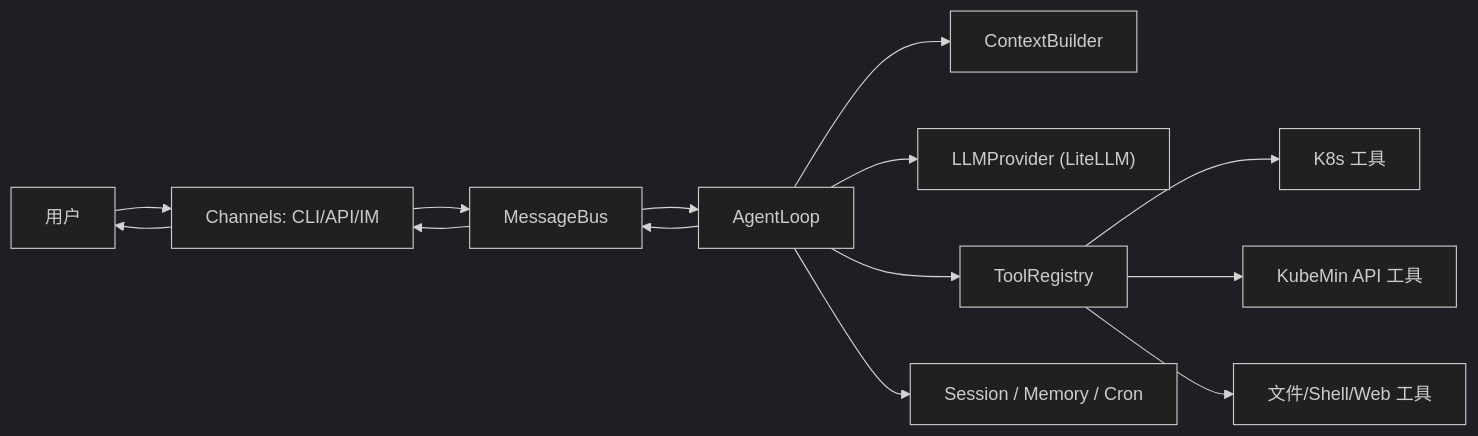
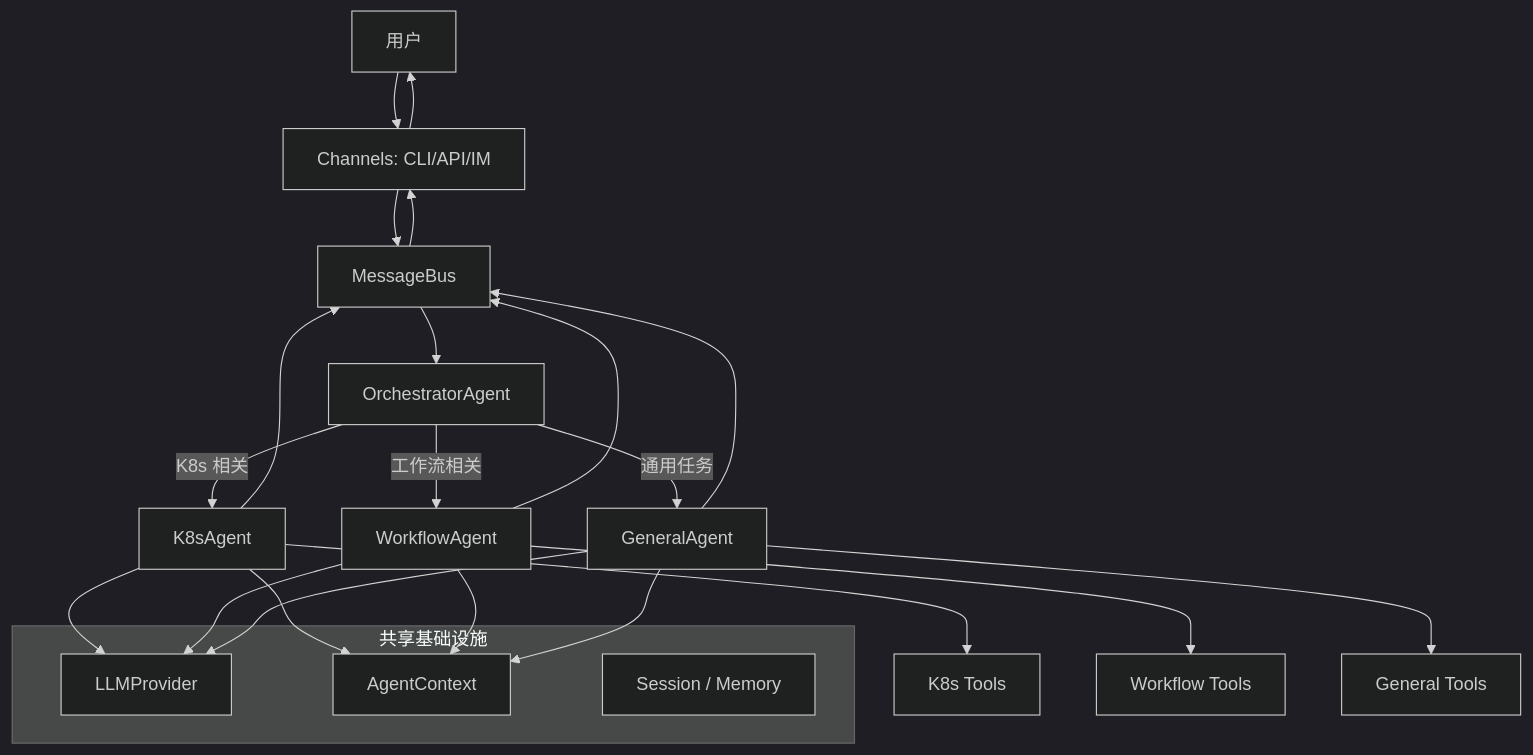
The diagram in docs/design-and-implementation-plan.md (SilentEchoe/KubeMin-Agent), drawn with Mermaid (dark theme) before and after one commit. The commit also changed other lines of this file, not shown here.

First line of the commit message:
docs: refactor architecture to multi-agent design

````diff
--- a/docs/design-and-implementation-plan.md
+++ b/docs/design-and-implementation-plan.md
@@ -31,16 +34,33 @@
 ```mermaid
-flowchart LR
+flowchart TB
   U["用户"] --> CH["Channels: CLI/API/IM"]
   CH --> BUS["MessageBus"]
-  BUS --> LOOP["AgentLoop"]
-  LOOP --> CTX["ContextBuilder"]
-  LOOP --> LLM["LLMProvider (LiteLLM)"]
-  LOOP --> REG["ToolRegistry"]
-  REG --> K8S["K8s 工具"]
-  REG --> KAPI["KubeMin API 工具"]
-  REG --> FS["文件/Shell/Web 工具"]
-  LOOP --> STORE["Session / Memory / Cron"]
-  LOOP --> BUS
+  BUS --> ORCH["OrchestratorAgent"]
+
+  ORCH -->|"K8s 相关"| K8SA["K8sAgent"]
+  ORCH -->|"工作流相关"| WFA["WorkflowAgent"]
+  ORCH -->|"通用任务"| GA["GeneralAgent"]
+
+  subgraph Shared["共享基础设施"]
+    LLM["LLMProvider"]
+    CTX["AgentContext"]
+    STORE["Session / Memory"]
+  end
+
+  K8SA --> LLM
+  K8SA --> K8ST["K8s Tools"]
+  WFA --> LLM
+  WFA --> WFT["Workflow Tools"]
+  GA --> LLM
+  GA --> GT["General Tools"]
+
+  K8SA --> CTX
+  WFA --> CTX
+  GA --> CTX
+
+  K8SA --> BUS
+  WFA --> BUS
+  GA --> BUS
   BUS --> CH
   CH --> U
 ```
````
